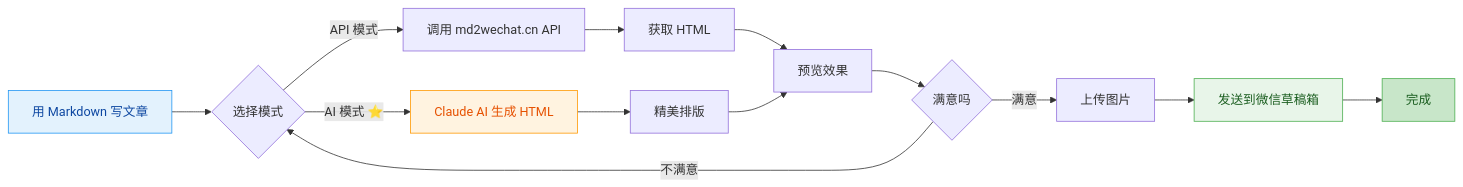
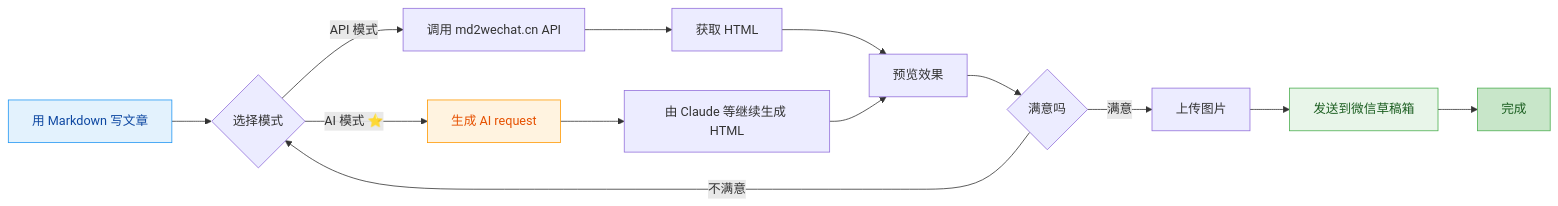
Before and after one commit to 899ms/md2wechat-skill: the first of 5 diagrams in README.md, drawn with Mermaid. The commit also changed other lines of this file and 4 other files, not shown here.

````diff
--- a/README.md
+++ b/README.md
@@ -61,29 +75,29 @@
 ```mermaid
 flowchart LR
     A[用 Markdown 写文章] --> B{选择模式}
 
     B -->|API 模式| C[调用 md2wechat.cn API]
     C --> D[获取 HTML]
 
-    B -->|AI 模式 ⭐| E[Claude AI 生成 HTML]
-    E --> F[精美排版]
+    B -->|AI 模式 ⭐| E[生成 AI request]
+    E --> F[由 Claude 等继续生成 HTML]
 
     D --> G[预览效果]
     F --> G
 
     G --> H{满意吗}
     H -->|不满意| B
     H -->|满意| I[上传图片]
     I --> J[发送到微信草稿箱]
     J --> K[完成]
 
     classDef nodeA fill:#e3f2fd,stroke:#2196f3,color:#0d47a1
     classDef nodeE fill:#fff3e0,stroke:#ff9800,color:#e65100
     classDef nodeJ fill:#e8f5e9,stroke:#4caf50,color:#1b5e20
     classDef nodeK fill:#c8e6c9,stroke:#4caf50,color:#1b5e20
 
     class A nodeA
     class E nodeE
     class J nodeJ
     class K nodeK
 ```
````
